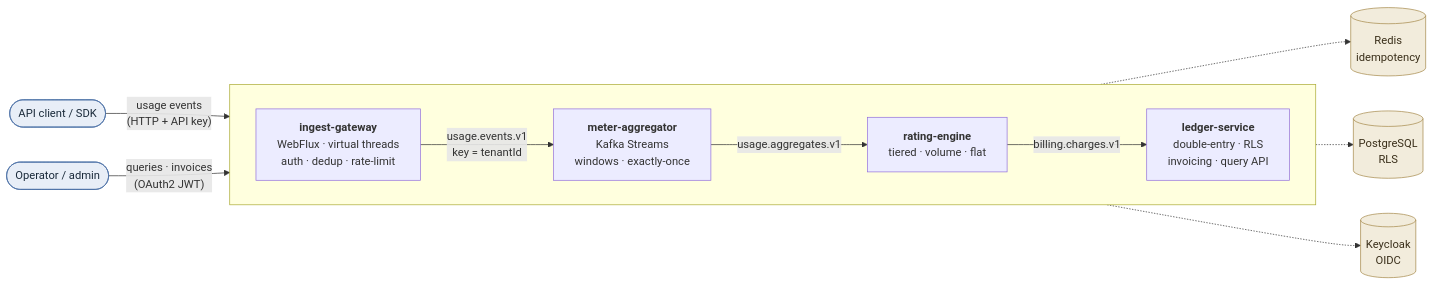
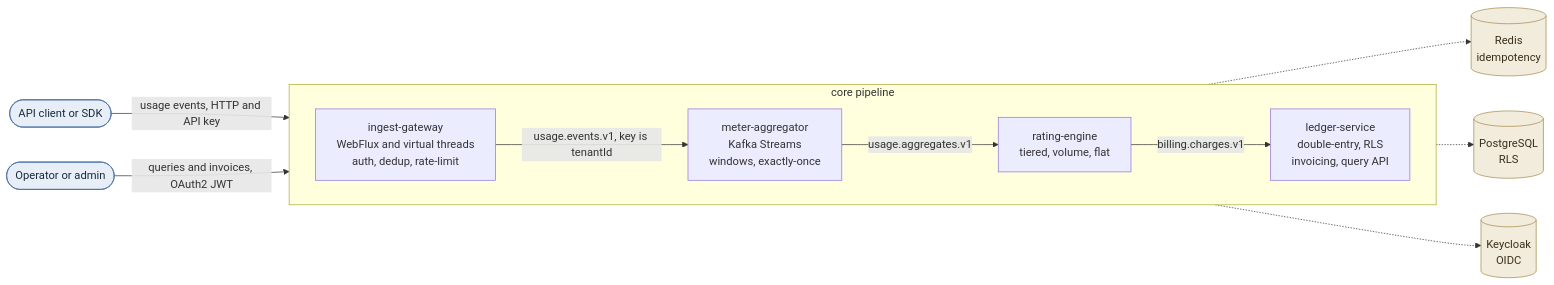
The diagram in README.md (marciomarinho/quotient), drawn with Mermaid before and after one commit.

Commit message:
docs: quote README diagram labels; verified all diagrams render (mermaid-cli, 0 errors)

````diff
--- a/README.md
+++ b/README.md
@@ -30,31 +30,31 @@
 ```mermaid
 flowchart LR
-    client([API client / SDK]):::ext
-    operator([Operator / admin]):::ext
+    client(["API client or SDK"]):::ext
+    operator(["Operator or admin"]):::ext
 
-    client -->|"usage events<br/>(HTTP + API key)"| gw
-    operator -->|"queries · invoices<br/>(OAuth2 JWT)"| ledger
+    client -->|"usage events, HTTP and API key"| gw
+    operator -->|"queries and invoices, OAuth2 JWT"| ledger
 
-    subgraph pipeline [ ]
+    subgraph pipeline ["core pipeline"]
         direction LR
-        gw["<b>ingest-gateway</b><br/>WebFlux · virtual threads<br/>auth · dedup · rate-limit"]
-        agg["<b>meter-aggregator</b><br/>Kafka Streams<br/>windows · exactly-once"]
-        rate["<b>rating-engine</b><br/>tiered · volume · flat"]
-        ledger["<b>ledger-service</b><br/>double-entry · RLS<br/>invoicing · query API"]
+        gw["ingest-gateway<br/>WebFlux and virtual threads<br/>auth, dedup, rate-limit"]
+        agg["meter-aggregator<br/>Kafka Streams<br/>windows, exactly-once"]
+        rate["rating-engine<br/>tiered, volume, flat"]
+        ledger["ledger-service<br/>double-entry, RLS<br/>invoicing, query API"]
     end
 
-    gw -->|"usage.events.v1<br/>key = tenantId"| agg
-    agg -->|usage.aggregates.v1| rate
-    rate -->|billing.charges.v1| ledger
+    gw -->|"usage.events.v1, key is tenantId"| agg
+    agg -->|"usage.aggregates.v1"| rate
+    rate -->|"billing.charges.v1"| ledger
 
-    redis[(Redis<br/>idempotency)]:::infra
-    pg[(PostgreSQL<br/>RLS)]:::infra
-    kc[(Keycloak<br/>OIDC)]:::infra
+    redis[("Redis<br/>idempotency")]:::infra
+    pg[("PostgreSQL<br/>RLS")]:::infra
+    kc[("Keycloak<br/>OIDC")]:::infra
 
     gw -.-> redis
     ledger -.-> pg
     ledger -.-> kc
 
     classDef ext fill:#e8eef7,stroke:#4a6fa5,color:#1a2a3a;
     classDef infra fill:#f2ecdc,stroke:#a5894a,color:#3a2f1a;
 ```
````
